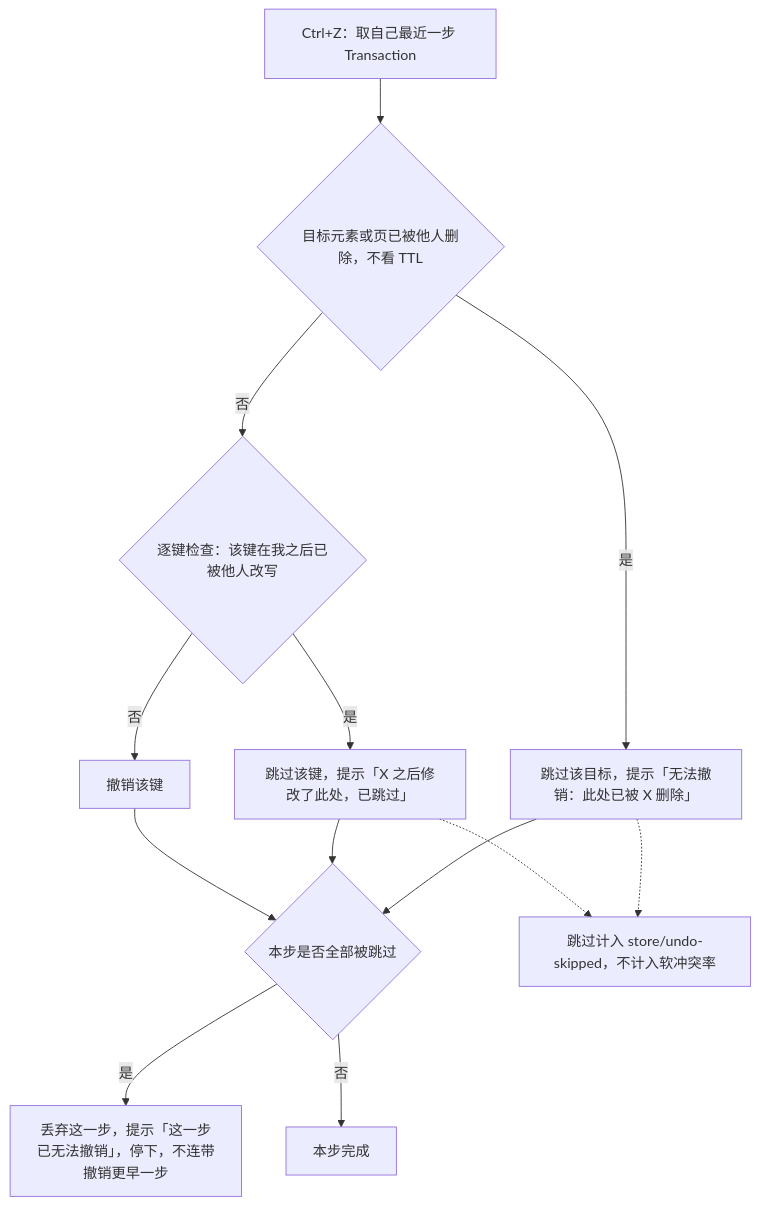
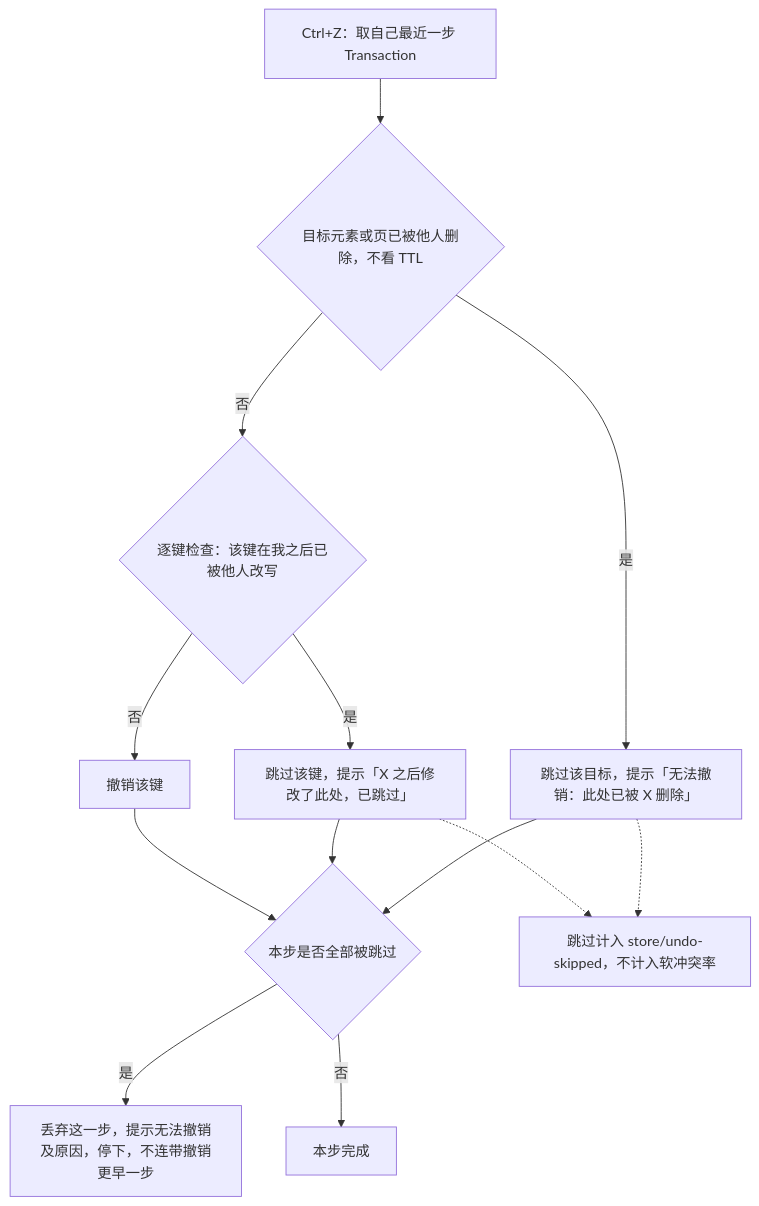
One commit to Xeonice/cordis-ppt-editor changed the sixth of 10 diagrams in docs/10-prd/03-features/03-collaboration.md. Above: the diagram before and after it, drawn with Mermaid. The commit also changed other lines of this file and 19 other files, not shown here.

````diff
--- a/docs/10-prd/03-features/03-collaboration.md
+++ b/docs/10-prd/03-features/03-collaboration.md
@@ -294,22 +304,22 @@
 ```mermaid
 flowchart TB
   start["Ctrl+Z：取自己最近一步 Transaction"]
   q1{"目标元素或页已被他人删除，不看 TTL"}
   skipdel["跳过该目标，提示「无法撤销：此处已被 X 删除」"]
   q2{"逐键检查：该键在我之后已被他人改写"}
   skipkey["跳过该键，提示「X 之后修改了此处，已跳过」"]
   undo["撤销该键"]
   q3{"本步是否全部被跳过"}
-  stop["丢弃这一步，提示「这一步已无法撤销」，停下，不连带撤销更早一步"]
+  stop["丢弃这一步，提示无法撤销及原因，停下，不连带撤销更早一步"]
   done["本步完成"]
   metric["跳过计入 store/undo-skipped，不计入软冲突率"]
   start --> q1
   q1 -->|"是"| skipdel --> q3
   q1 -->|"否"| q2
   q2 -->|"是"| skipkey --> q3
   q2 -->|"否"| undo --> q3
   q3 -->|"是"| stop
   q3 -->|"否"| done
   skipdel -.-> metric
   skipkey -.-> metric
 ```
````
